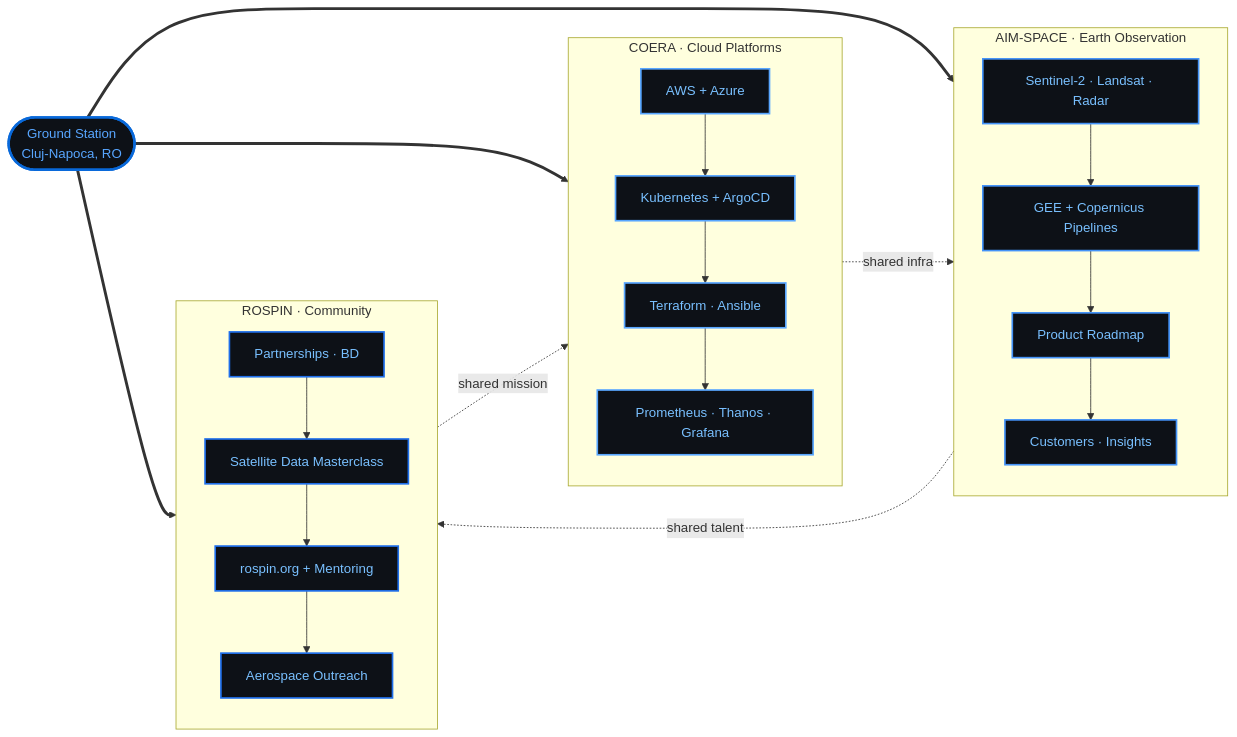
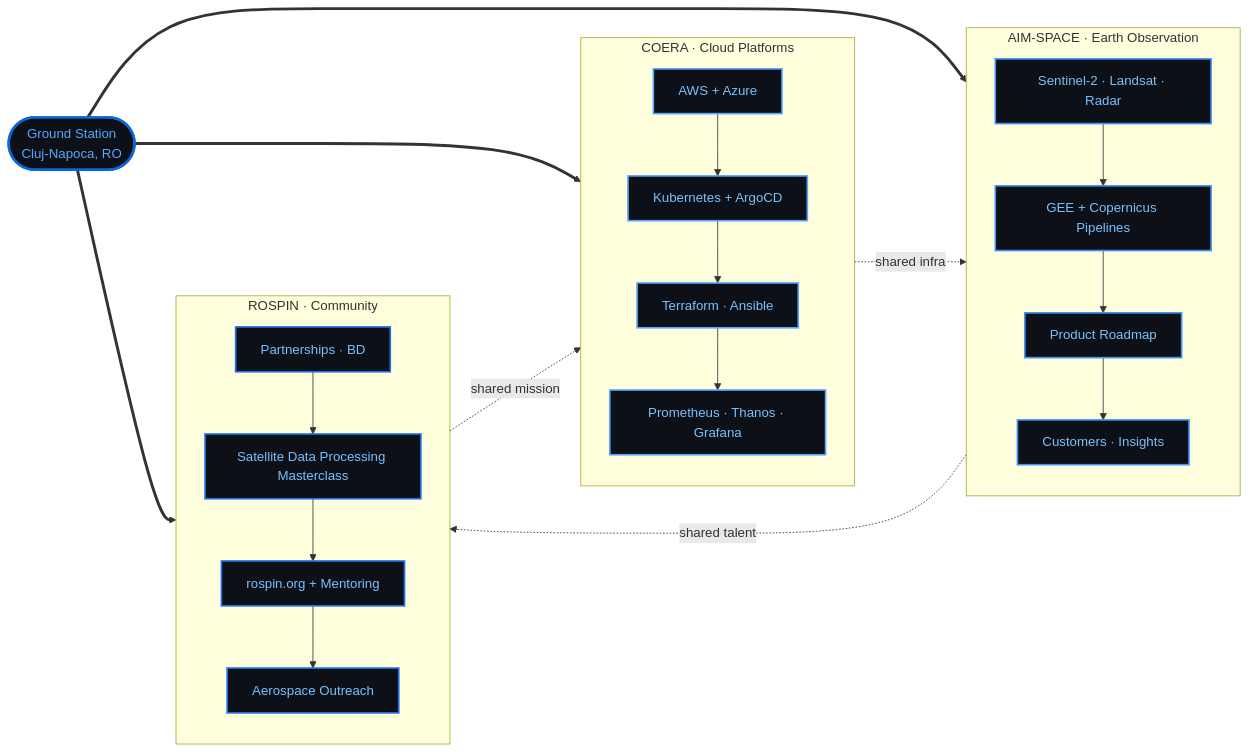
One commit to SimonelDavid/SimonelDavid changed the diagram in README.md. Above: the diagram before and after it, drawn with Mermaid. The commit also changed other lines of this file and 1 other file, not shown here.

````diff
--- a/README.md
+++ b/README.md
@@ -126,43 +126,43 @@
 ```mermaid
 flowchart LR
     classDef coera    fill:#0D1117,stroke:#58A6FF,stroke-width:2px,color:#79C0FF
     classDef aim      fill:#0D1117,stroke:#4493F8,stroke-width:2px,color:#79C0FF
     classDef rospin   fill:#0D1117,stroke:#1F6FEB,stroke-width:2px,color:#79C0FF
     classDef ground   fill:#0D1117,stroke:#0969DA,stroke-width:3px,color:#58A6FF
 
     GROUND([ Ground Station<br/>Cluj-Napoca, RO ]):::ground
 
     subgraph COERA [ COERA · Cloud Platforms ]
       direction TB
       C1[AWS + Azure]:::coera
       C2[Kubernetes + ArgoCD]:::coera
       C3[Terraform · Ansible]:::coera
       C4[Prometheus · Thanos · Grafana]:::coera
       C1 --> C2 --> C3 --> C4
     end
 
     subgraph AIM [ AIM-SPACE · Earth Observation ]
       direction TB
       A1[Sentinel-2 · Landsat · Radar]:::aim
       A2[GEE + Copernicus Pipelines]:::aim
       A3[Product Roadmap]:::aim
       A4[Customers · Insights]:::aim
       A1 --> A2 --> A3 --> A4
     end
 
     subgraph ROSPIN [ ROSPIN · Community ]
       direction TB
       R1[Partnerships · BD]:::rospin
-      R2[Satellite Data Masterclass]:::rospin
+      R2[Satellite Data Processing Masterclass]:::rospin
       R3[rospin.org + Mentoring]:::rospin
       R4[Aerospace Outreach]:::rospin
       R1 --> R2 --> R3 --> R4
     end
 
     GROUND ==> COERA
     GROUND ==> AIM
     GROUND ==> ROSPIN
     COERA -.shared infra.-> AIM
     AIM  -.shared talent.-> ROSPIN
     ROSPIN -.shared mission.-> COERA
 ```
````
